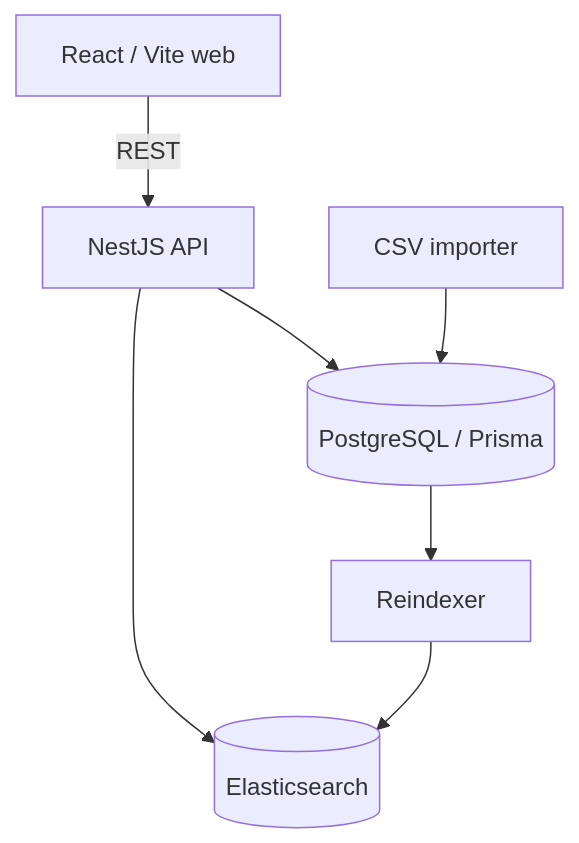
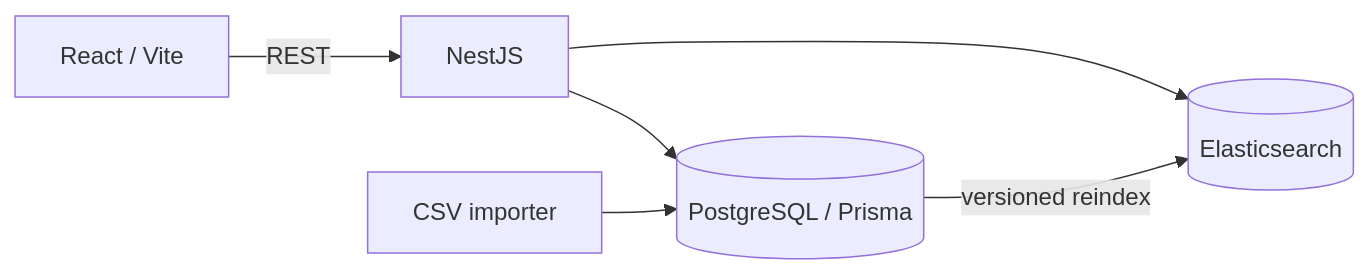
Before and after one commit to Shayangstp/cyberian: the diagram in README.md, drawn with Mermaid. The commit also changed other lines of this file and 11 other files, not shown here.

````diff
--- a/README.md
+++ b/README.md
@@ -9,9 +7,8 @@
 ```mermaid
-flowchart TD
-  Web[React / Vite web] -->|REST| API[NestJS API]
+flowchart LR
+  Web[React / Vite] -->|REST| API[NestJS]
   API --> PG[(PostgreSQL / Prisma)]
   API --> ES[(Elasticsearch)]
-  Import[CSV importer] --> PG
-  PG --> Reindex[Reindexer]
-  Reindex --> ES
+  CSV[CSV importer] --> PG
+  PG -->|versioned reindex| ES
 ```
````
